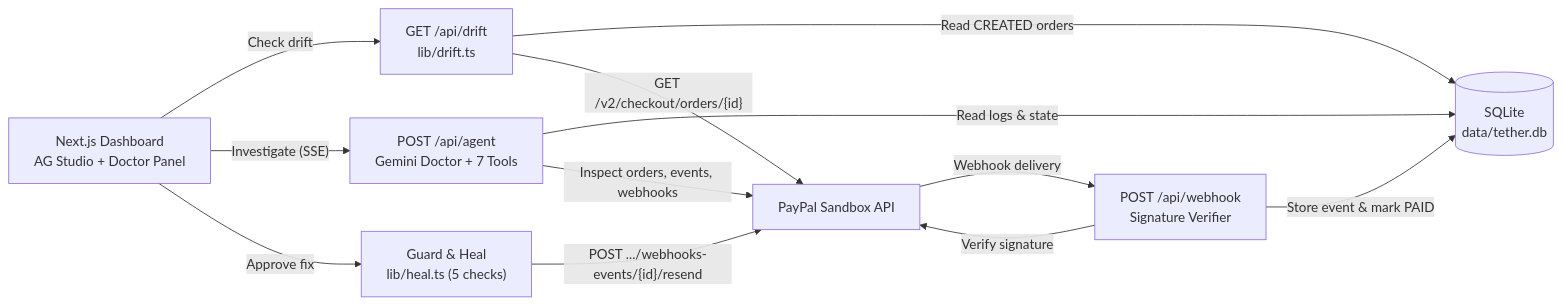
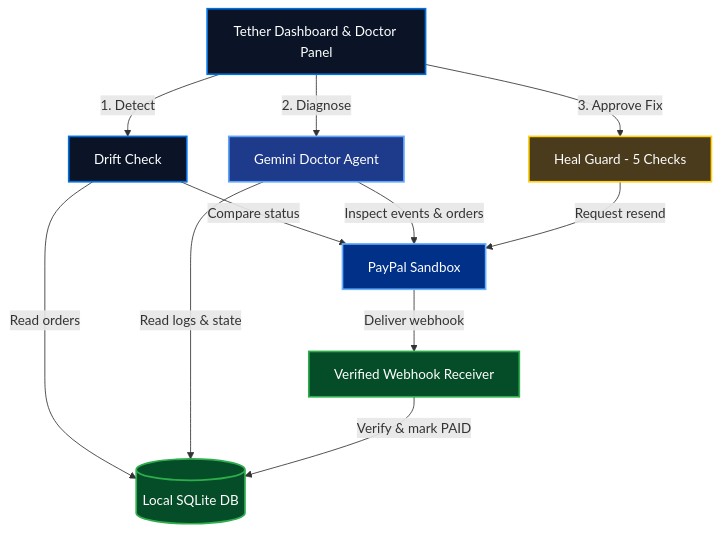
One commit to John-Paul2/Tether changed the first of 2 diagrams in README.md. Above: the diagram before and after it, drawn with Mermaid. The commit also changed other lines of this file, not shown here.

Commit message:
docs: simplify and colorize README Mermaid diagrams

````diff
--- a/README.md
+++ b/README.md
@@ -47,22 +47,36 @@
 ```mermaid
-flowchart LR
-  PP["PayPal Sandbox API"]
-  WH["POST /api/webhook<br/>Signature Verifier"]
-  DB[("SQLite<br/>data/tether.db")]
-  DR["GET /api/drift<br/>lib/drift.ts"]
-  AG["POST /api/agent<br/>Gemini Doctor + 7 Tools"]
-  GD["Guard & Heal<br/>lib/heal.ts (5 checks)"]
-  UI["Next.js Dashboard<br/>AG Studio + Doctor Panel"]
+flowchart TD
+  UI["Tether Dashboard & Doctor Panel"]
+  DR["Drift Check"]
+  AG["Gemini Doctor Agent"]
+  GD["Heal Guard - 5 Checks"]
+  PP["PayPal Sandbox"]
+  WH["Verified Webhook Receiver"]
+  DB[("Local SQLite DB")]
 
-  PP -- "Webhook delivery" --> WH
-  WH -- "Verify signature" --> PP
-  WH -- "Store event & mark PAID" --> DB
-  UI -- "Check drift" --> DR
-  DR -- "Read CREATED orders" --> DB
-  DR -- "GET /v2/checkout/orders/{id}" --> PP
-  UI -- "Investigate (SSE)" --> AG
-  AG -- "Read logs & state" --> DB
-  AG -- "Inspect orders, events, webhooks" --> PP
-  UI -- "Approve fix" --> GD
-  GD -- "POST .../webhooks-events/{id}/resend" --> PP
+  UI -->|1. Detect| DR
+  UI -->|2. Diagnose| AG
+  UI -->|3. Approve Fix| GD
+
+  DR -->|Compare status| PP
+  DR -->|Read orders| DB
+
+  AG -->|Inspect events & orders| PP
+  AG -->|Read logs & state| DB
+
+  GD -->|Request resend| PP
+  PP -->|Deliver webhook| WH
+  WH -->|Verify & mark PAID| DB
+
+  classDef ui fill:#0B1426,stroke:#0070E0,color:#FFFFFF,stroke-width:2px
+  classDef paypal fill:#003087,stroke:#66B2FF,color:#FFFFFF,stroke-width:2px
+  classDef ai fill:#1E3A8A,stroke:#60A5FA,color:#FFFFFF,stroke-width:2px
+  classDef guard fill:#4A3B1C,stroke:#FFD11A,color:#FFFFFF,stroke-width:2px
+  classDef sync fill:#054D28,stroke:#2EAD4B,color:#FFFFFF,stroke-width:2px
+
+  class UI,DR ui
+  class PP paypal
+  class AG ai
+  class GD guard
+  class WH,DB sync
 ```
````
